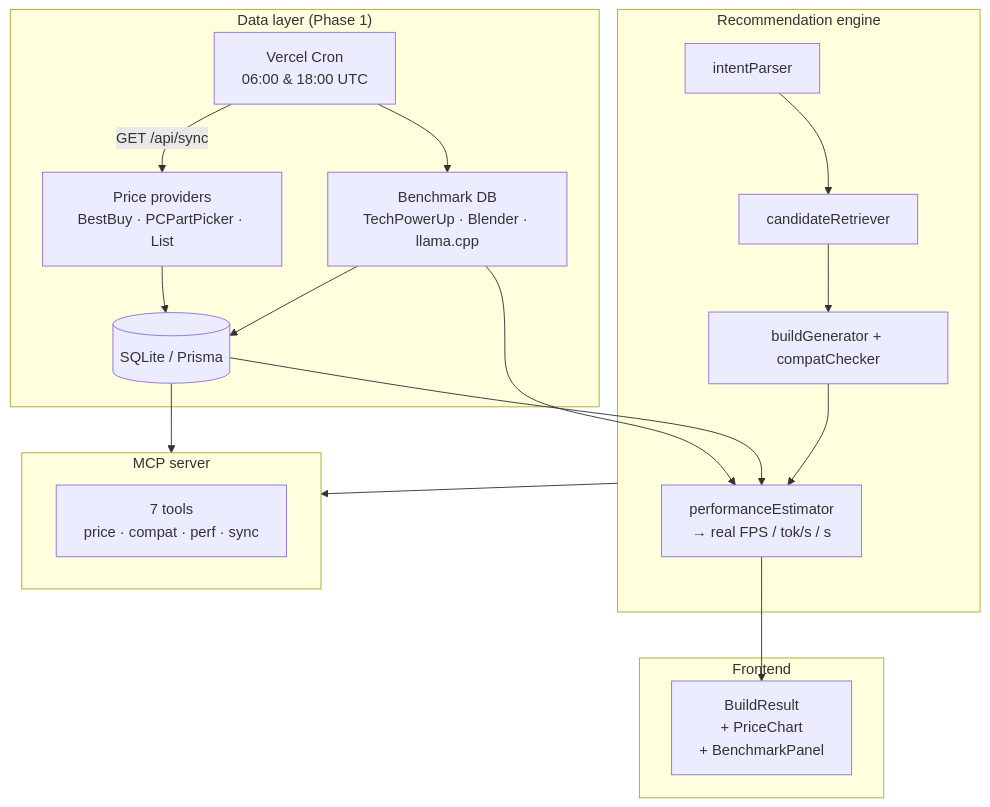
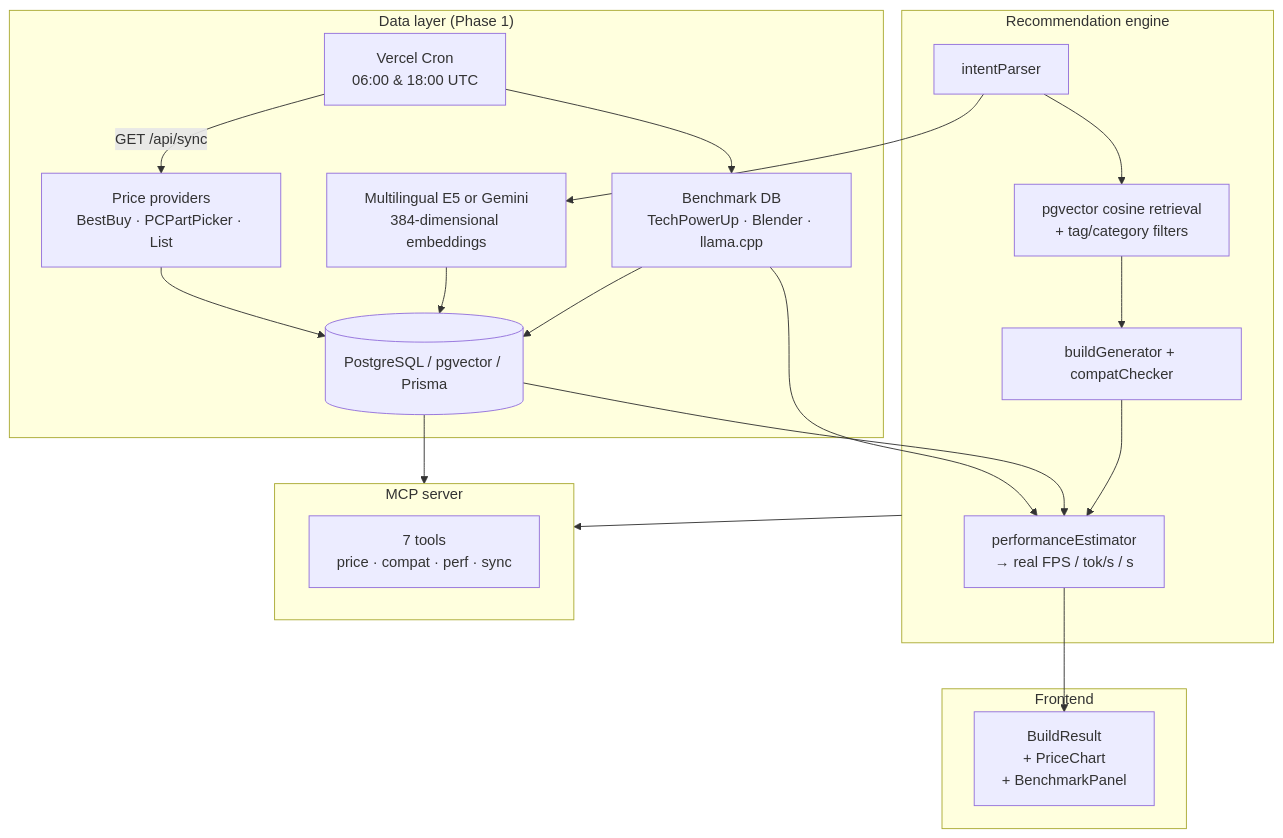
Before and after one commit to Oliverrr2424/AIPC: the diagram in README.md, drawn with Mermaid. The commit also changed other lines of this file and 60 other files, not shown here.

````diff
--- a/README.md
+++ b/README.md
@@ -33,28 +48,30 @@
 ```mermaid
 flowchart TB
   subgraph Data["Data layer (Phase 1)"]
-    DB[(SQLite / Prisma)]
+    DB[(PostgreSQL / pgvector / Prisma)]
+    Embed["Multilingual E5 or Gemini\n384-dimensional embeddings"]
     Prices["Price providers\nBestBuy · PCPartPicker · List"]
     Bench["Benchmark DB\nTechPowerUp · Blender · llama.cpp"]
     Cron["Vercel Cron\n06:00 & 18:00 UTC"]
   end
   subgraph Engine["Recommendation engine"]
     Intent["intentParser"]
-    Retrieve["candidateRetriever"]
+    Retrieve["pgvector cosine retrieval\n+ tag/category filters"]
     Build["buildGenerator + compatChecker"]
     Perf["performanceEstimator\n→ real FPS / tok/s / s"]
   end
   subgraph UI["Frontend"]
     Result["BuildResult\n+ PriceChart\n+ BenchmarkPanel"]
   end
   subgraph MCP["MCP server"]
     Tools["7 tools\nprice · compat · perf · sync"]
   end
   Cron -->|GET /api/sync| Prices --> DB
+  Intent --> Embed --> DB
   Cron --> Bench --> DB
   Bench --> Perf
   DB --> Perf
   Intent --> Retrieve --> Build --> Perf --> Result
   DB --> MCP
   Engine --> MCP
 ```
````
